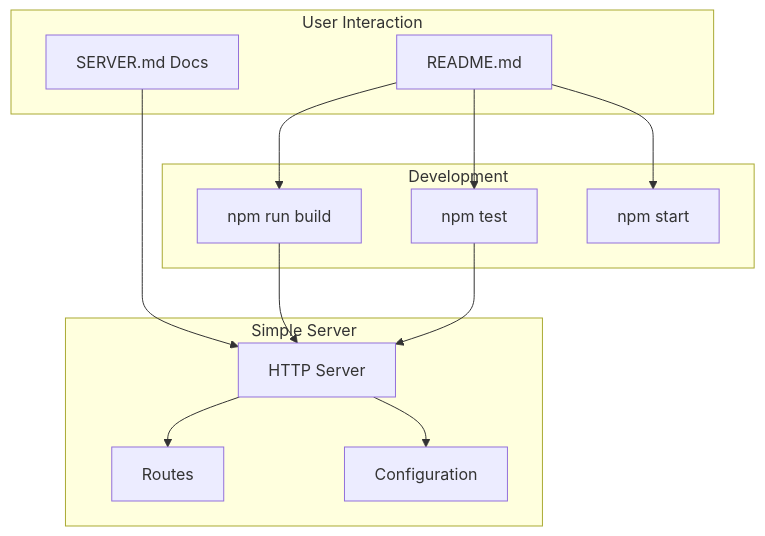
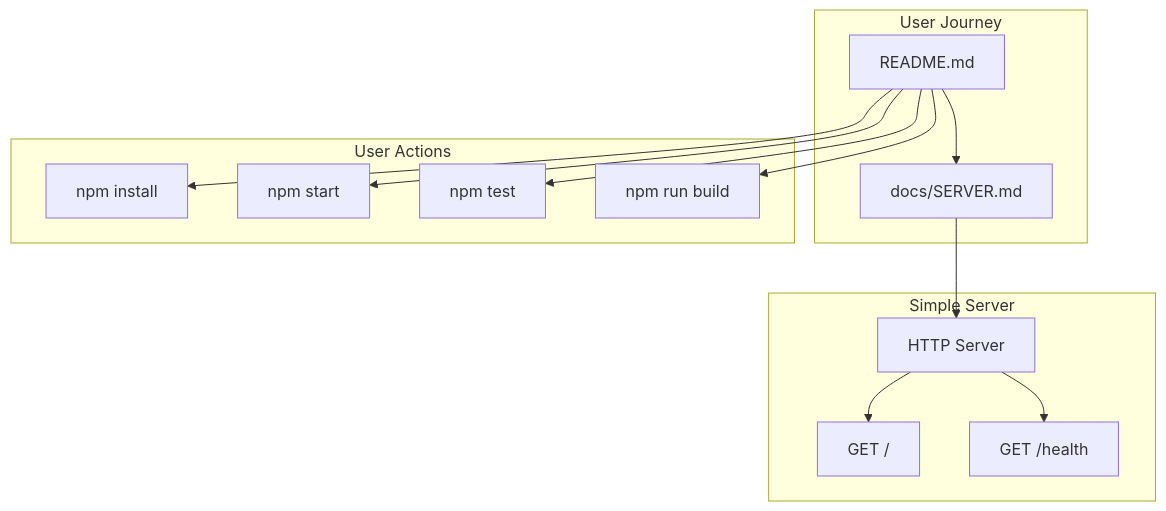
Before and after one commit to kevin-voss/crew-ai-demo-project: the first of 3 diagrams in plan/feature-lets-add-docu-for-the-simple-server-and-instructions-to-readme/00-overview.md, drawn with Mermaid. The commit also changed other lines of this file and 2 other files, not shown here.

````diff
--- a/plan/feature-lets-add-docu-for-the-simple-server-and-instructions-to-readme/00-overview.md
+++ b/plan/feature-lets-add-docu-for-the-simple-server-and-instructions-to-readme/00-overview.md
@@ -26,28 +26,29 @@
 ```mermaid
 flowchart TB
-    subgraph User["User Interaction"]
+    subgraph User["User Journey"]
         README[README.md]
-        Docs[SERVER.md Docs]
+        Docs[docs/SERVER.md]
     end
 
     subgraph Server["Simple Server"]
         HTTP[HTTP Server]
-        Routes[Routes]
-        Config[Configuration]
+        Root["GET /"]
+        Health["GET /health"]
     end
 
-    subgraph Dev["Development"]
+    subgraph Actions["User Actions"]
+        Install[npm install]
+        Start[npm start]
+        Test[npm test]
         Build[npm run build]
-        Test[npm test]
-        Start[npm start]
     end
 
+    README --> Install
     README --> Start
+    README --> Test
     README --> Build
-    README --> Test
+    README --> Docs
     Docs --> HTTP
-    HTTP --> Routes
-    HTTP --> Config
-    Build --> HTTP
-    Test --> HTTP
+    HTTP --> Root
+    HTTP --> Health
 ```
````
